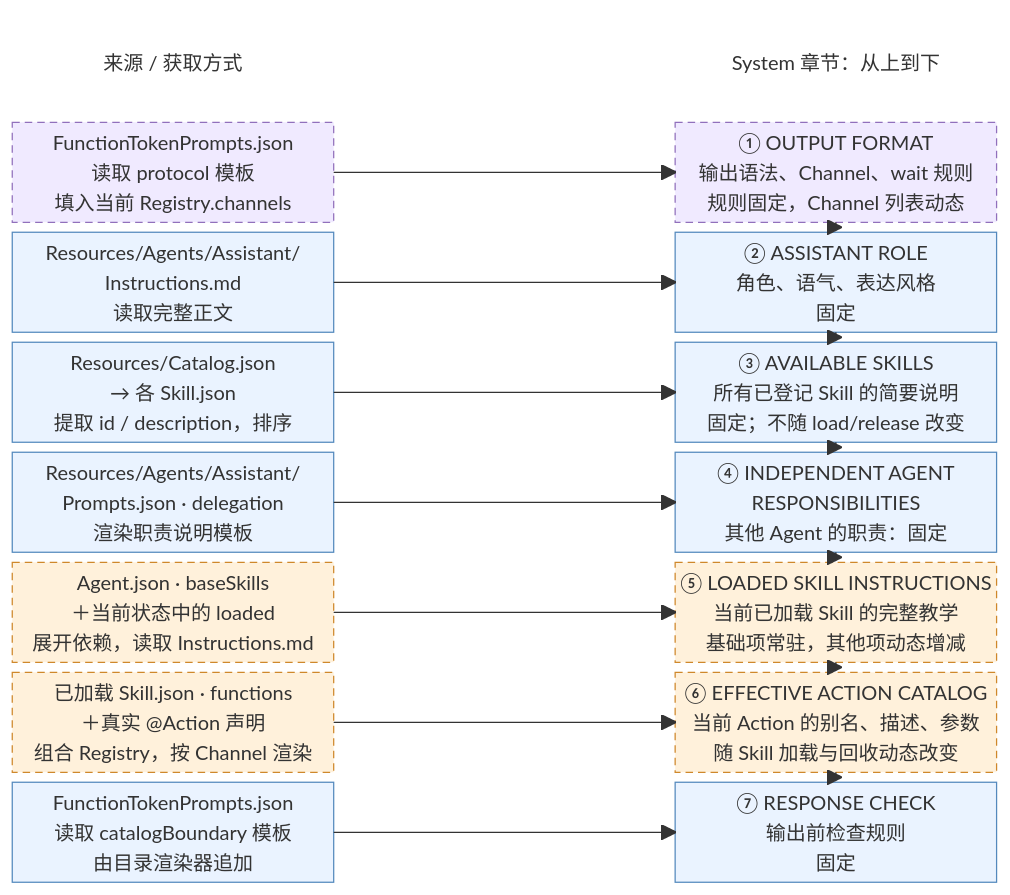
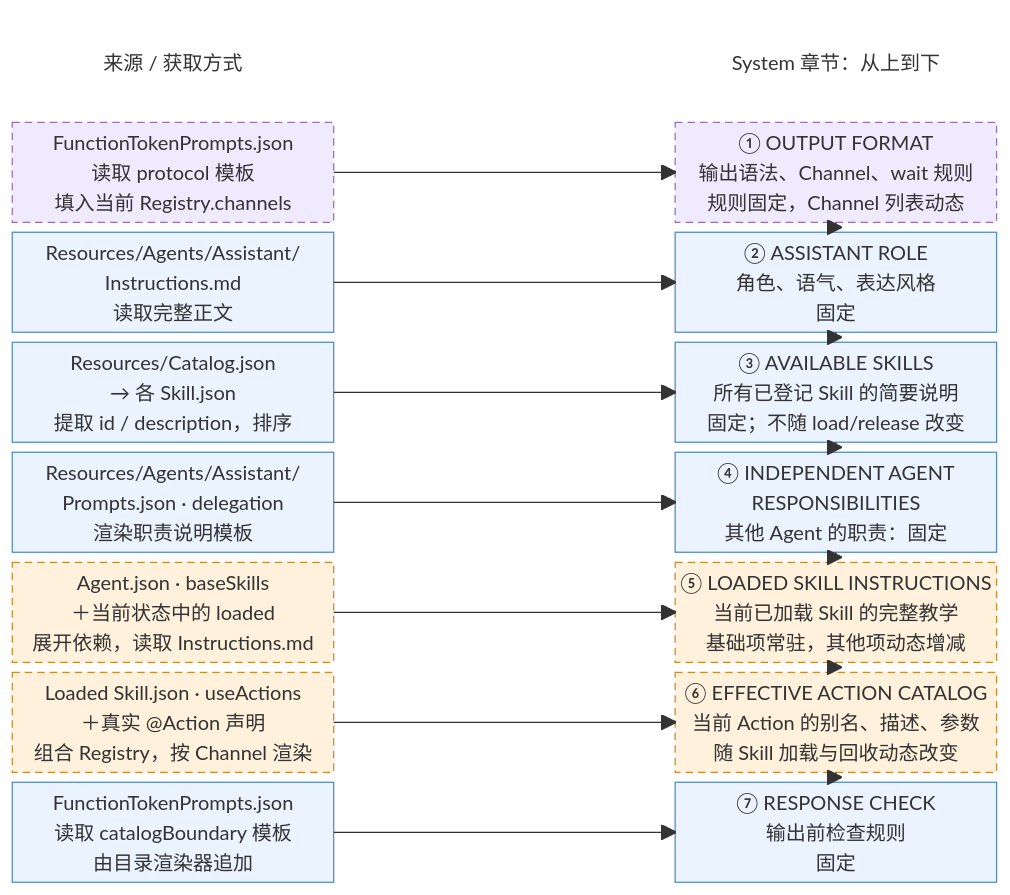
One commit to devilyouwei/MobileHarness changed the third of 3 diagrams in MobileHarness/Agents/Assistant/README.md. Above: the diagram before and after it, drawn with Mermaid. The commit also changed other lines of this file and 352 other files, not shown here.

````diff
--- a/MobileHarness/Agents/Assistant/README.md
+++ b/MobileHarness/Agents/Assistant/README.md
@@ -127,45 +129,45 @@
 ```mermaid
 block-beta
     columns 3
 
     H1["来源 / 获取方式"] space H2["System 章节：从上到下"]
 
     A["FunctionTokenPrompts.json<br/>读取 protocol 模板<br/>填入当前 Registry.channels"] space S1["① OUTPUT FORMAT<br/>输出语法、Channel、wait 规则<br/>规则固定，Channel 列表动态"]
 
     B["Resources/Agents/Assistant/<br/>Instructions.md<br/>读取完整正文"] space S2["② ASSISTANT ROLE<br/>角色、语气、表达风格<br/>固定"]
 
     C["Resources/Catalog.json<br/>→ 各 Skill.json<br/>提取 id / description，排序"] space S3["③ AVAILABLE SKILLS<br/>所有已登记 Skill 的简要说明<br/>固定；不随 load/release 改变"]
 
     D["Resources/Agents/Assistant/<br/>Prompts.json · delegation<br/>渲染职责说明模板"] space S4["④ INDEPENDENT AGENT<br/>RESPONSIBILITIES<br/>其他 Agent 的职责：固定"]
 
     E["Agent.json · baseSkills<br/>＋当前状态中的 loaded<br/>展开依赖，读取 Instructions.md"] space S5["⑤ LOADED SKILL INSTRUCTIONS<br/>当前已加载 Skill 的完整教学<br/>基础项常驻，其他项动态增减"]
 
-    F["已加载 Skill.json · functions<br/>＋真实 @Action 声明<br/>组合 Registry，按 Channel 渲染"] space S6["⑥ EFFECTIVE ACTION CATALOG<br/>当前 Action 的别名、描述、参数<br/>随 Skill 加载与回收动态改变"]
+    F["Loaded Skill.json · useActions<br/>＋真实 @Action 声明<br/>组合 Registry，按 Channel 渲染"] space S6["⑥ EFFECTIVE ACTION CATALOG<br/>当前 Action 的别名、描述、参数<br/>随 Skill 加载与回收动态改变"]
 
     G["FunctionTokenPrompts.json<br/>读取 catalogBoundary 模板<br/>由目录渲染器追加"] space S7["⑦ RESPONSE CHECK<br/>输出前检查规则<br/>固定"]
 
     A --> S1
     B --> S2
     C --> S3
     D --> S4
     E --> S5
     F --> S6
     G --> S7
 
     S1 --> S2
     S2 --> S3
     S3 --> S4
     S4 --> S5
     S5 --> S6
     S6 --> S7
 
     classDef fixed fill:#eaf3ff,stroke:#5489bd,color:#173c60
     classDef dynamic fill:#fff1db,stroke:#cf882b,color:#65400d,stroke-dasharray:6 4
     classDef mixed fill:#f0eaff,stroke:#9170bc,color:#493269,stroke-dasharray:6 4
     classDef heading fill:transparent,stroke:transparent
 
     class B,C,D,G,S2,S3,S4,S7 fixed
     class E,F,S5,S6 dynamic
     class A,S1 mixed
     class H1,H2 heading
 ```
````
